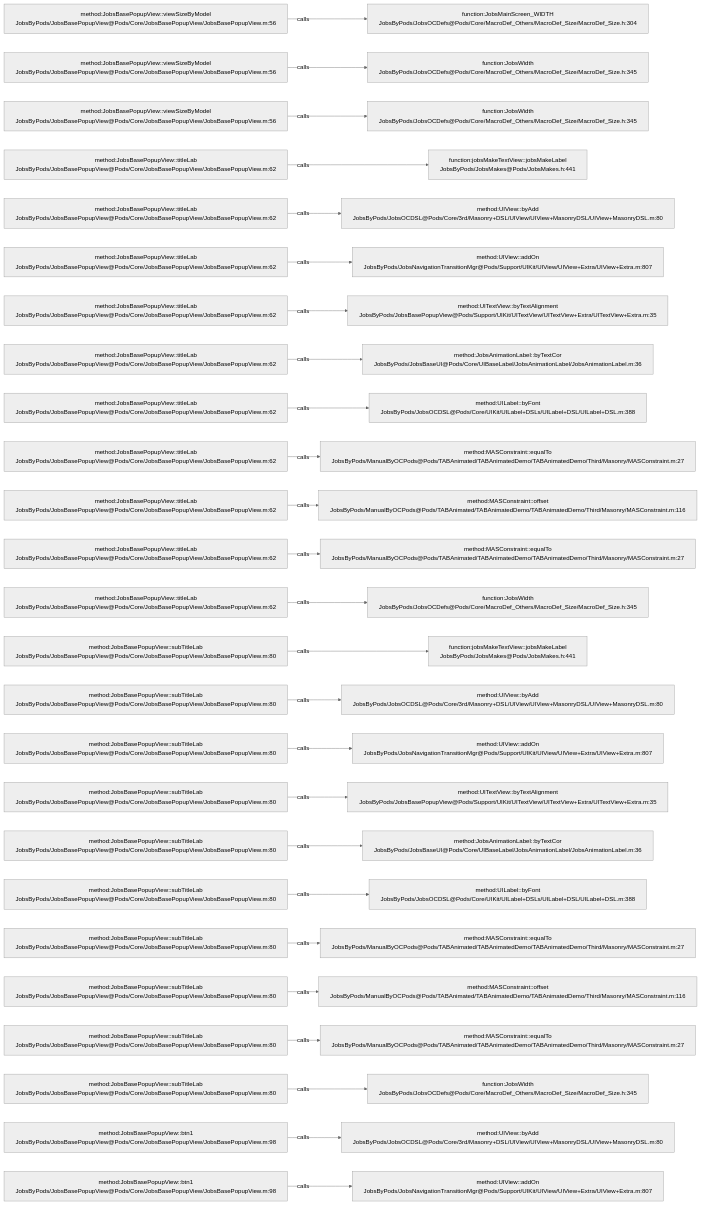
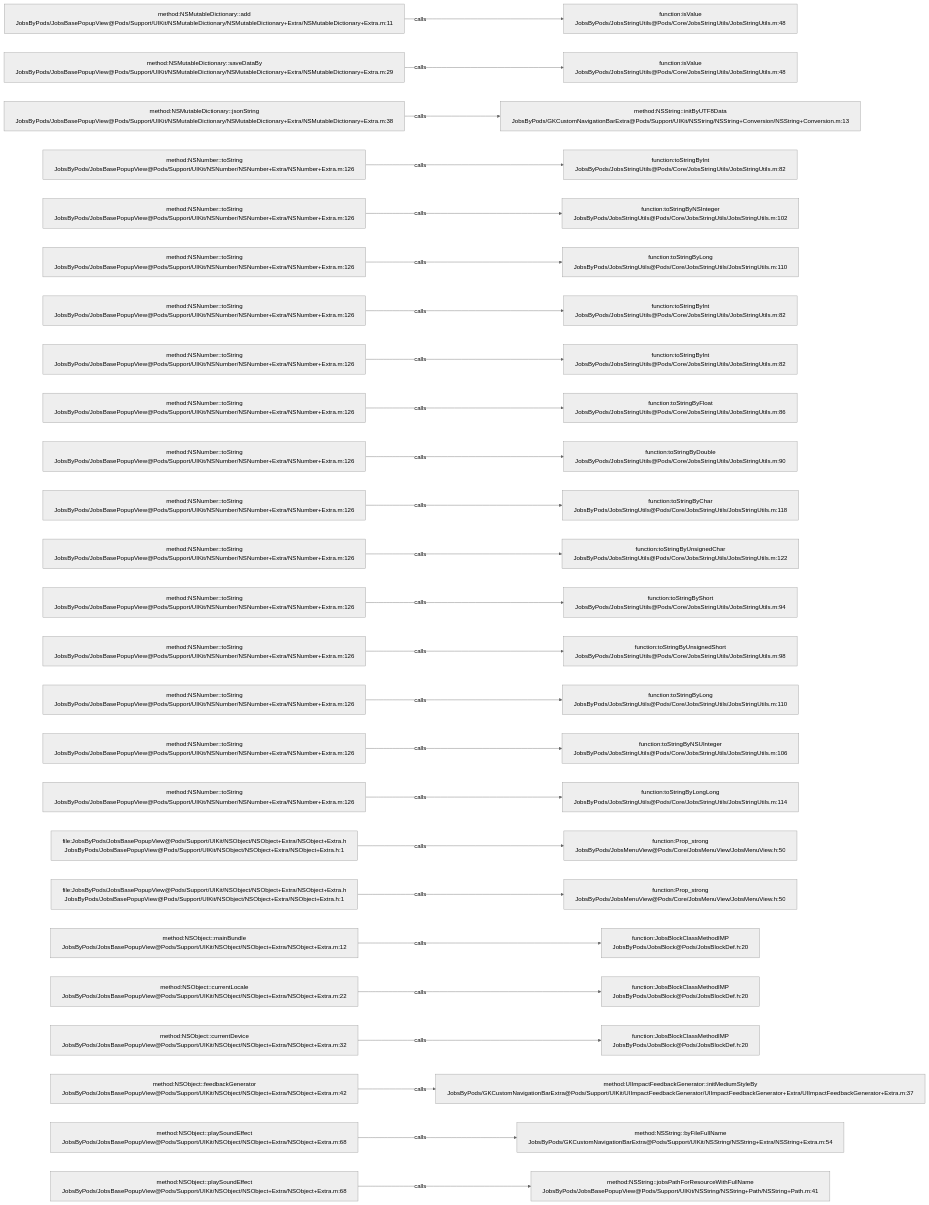
One commit to JobsKits/JobsOCBaseConfigDemo changed the diagram in .codegraph/codegraph.md/graphs/calls-200.md. Above: the diagram before and after it, drawn with Mermaid (neutral theme). The commit also changed 223 other files, not shown here.

````diff
--- a/.codegraph/codegraph.md/graphs/calls-200.md
+++ b/.codegraph/codegraph.md/graphs/calls-200.md
@@ -13,78 +13,78 @@
 ```mermaid
 flowchart LR
-  S1["method:JobsBasePopupView::viewSizeByModel<br/>JobsByPods/JobsBasePopupView@Pods/Core/JobsBasePopupView/JobsBasePopupView.m:56"]
-  T1["function:JobsMainScreen_WIDTH<br/>JobsByPods/JobsOCDefs@Pods/Core/MacroDef_Others/MacroDef_Size/MacroDef_Size.h:304"]
+  S1["method:NSMutableDictionary::add<br/>JobsByPods/JobsBasePopupView@Pods/Support/UIKit/NSMutableDictionary/NSMutableDictionary+Extra/NSMutableDictionary+Extra.m:11"]
+  T1["function:isValue<br/>JobsByPods/JobsStringUtils@Pods/Core/JobsStringUtils/JobsStringUtils.m:48"]
   S1 -->|calls| T1
-  S2["method:JobsBasePopupView::viewSizeByModel<br/>JobsByPods/JobsBasePopupView@Pods/Core/JobsBasePopupView/JobsBasePopupView.m:56"]
-  T2["function:JobsWidth<br/>JobsByPods/JobsOCDefs@Pods/Core/MacroDef_Others/MacroDef_Size/MacroDef_Size.h:345"]
+  S2["method:NSMutableDictionary::saveDataBy<br/>JobsByPods/JobsBasePopupView@Pods/Support/UIKit/NSMutableDictionary/NSMutableDictionary+Extra/NSMutableDictionary+Extra.m:29"]
+  T2["function:isValue<br/>JobsByPods/JobsStringUtils@Pods/Core/JobsStringUtils/JobsStringUtils.m:48"]
   S2 -->|calls| T2
-  S3["method:JobsBasePopupView::viewSizeByModel<br/>JobsByPods/JobsBasePopupView@Pods/Core/JobsBasePopupView/JobsBasePopupView.m:56"]
-  T3["function:JobsWidth<br/>JobsByPods/JobsOCDefs@Pods/Core/MacroDef_Others/MacroDef_Size/MacroDef_Size.h:345"]
+  S3["method:NSMutableDictionary::jsonString<br/>JobsByPods/JobsBasePopupView@Pods/Support/UIKit/NSMutableDictionary/NSMutableDictionary+Extra/NSMutableDictionary+Extra.m:38"]
+  T3["method:NSString::initByUTF8Data<br/>JobsByPods/GKCustomNavigationBarExtra@Pods/Support/UIKit/NSString/NSString+Conversion/NSString+Conversion.m:13"]
   S3 -->|calls| T3
-  S4["method:JobsBasePopupView::titleLab<br/>JobsByPods/JobsBasePopupView@Pods/Core/JobsBasePopupView/JobsBasePopupView.m:62"]
-  T4["function:jobsMakeTextView::jobsMakeLabel<br/>JobsByPods/JobsMakes@Pods/JobsMakes.h:441"]
+  S4["method:NSNumber::toString<br/>JobsByPods/JobsBasePopupView@Pods/Support/UIKit/NSNumber/NSNumber+Extra/NSNumber+Extra.m:126"]
+  T4["function:toStringByInt<br/>JobsByPods/JobsStringUtils@Pods/Core/JobsStringUtils/JobsStringUtils.m:82"]
   S4 -->|calls| T4
-  S5["method:JobsBasePopupView::titleLab<br/>JobsByPods/JobsBasePopupView@Pods/Core/JobsBasePopupView/JobsBasePopupView.m:62"]
-  T5["method:UIView::byAdd<br/>JobsByPods/JobsOCDSL@Pods/Core/3rd/Masonry+DSL/UIView/UIView+MasonryDSL/UIView+MasonryDSL.m:80"]
+  S5["method:NSNumber::toString<br/>JobsByPods/JobsBasePopupView@Pods/Support/UIKit/NSNumber/NSNumber+Extra/NSNumber+Extra.m:126"]
+  T5["function:toStringByNSInteger<br/>JobsByPods/JobsStringUtils@Pods/Core/JobsStringUtils/JobsStringUtils.m:102"]
   S5 -->|calls| T5
-  S6["method:JobsBasePopupView::titleLab<br/>JobsByPods/JobsBasePopupView@Pods/Core/JobsBasePopupView/JobsBasePopupView.m:62"]
-  T6["method:UIView::addOn<br/>JobsByPods/JobsNavigationTransitionMgr@Pods/Support/UIKit/UIView/UIView+Extra/UIView+Extra.m:807"]
+  S6["method:NSNumber::toString<br/>JobsByPods/JobsBasePopupView@Pods/Support/UIKit/NSNumber/NSNumber+Extra/NSNumber+Extra.m:126"]
+  T6["function:toStringByLong<br/>JobsByPods/JobsStringUtils@Pods/Core/JobsStringUtils/JobsStringUtils.m:110"]
   S6 -->|calls| T6
-  S7["method:JobsBasePopupView::titleLab<br/>JobsByPods/JobsBasePopupView@Pods/Core/JobsBasePopupView/JobsBasePopupView.m:62"]
-  T7["method:UITextView::byTextAlignment<br/>JobsByPods/JobsBasePopupView@Pods/Support/UIKit/UITextView/UITextView+Extra/UITextView+Extra.m:35"]
+  S7["method:NSNumber::toString<br/>JobsByPods/JobsBasePopupView@Pods/Support/UIKit/NSNumber/NSNumber+Extra/NSNumber+Extra.m:126"]
+  T7["function:toStringByInt<br/>JobsByPods/JobsStringUtils@Pods/Core/JobsStringUtils/JobsStringUtils.m:82"]
   S7 -->|calls| T7
-  S8["method:JobsBasePopupView::titleLab<br/>JobsByPods/JobsBasePopupView@Pods/Core/JobsBasePopupView/JobsBasePopupView.m:62"]
-  T8["method:JobsAnimationLabel::byTextCor<br/>JobsByPods/JobsBaseUI@Pods/Core/UIBaseLabel/JobsAnimationLabel/JobsAnimationLabel.m:36"]
+  S8["method:NSNumber::toString<br/>JobsByPods/JobsBasePopupView@Pods/Support/UIKit/NSNumber/NSNumber+Extra/NSNumber+Extra.m:126"]
+  T8["function:toStringByInt<br/>JobsByPods/JobsStringUtils@Pods/Core/JobsStringUtils/JobsStringUtils.m:82"]
   S8 -->|calls| T8
-  S9["method:JobsBasePopupView::titleLab<br/>JobsByPods/JobsBasePopupView@Pods/Core/JobsBasePopupView/JobsBasePopupView.m:62"]
-  T9["method:UILabel::byFont<br/>JobsByPods/JobsOCDSL@Pods/Core/UIKit/UILabel+DSLs/UILabel+DSL/UILabel+DSL.m:388"]
+  S9["method:NSNumber::toString<br/>JobsByPods/JobsBasePopupView@Pods/Support/UIKit/NSNumber/NSNumber+Extra/NSNumber+Extra.m:126"]
+  T9["function:toStringByFloat<br/>JobsByPods/JobsStringUtils@Pods/Core/JobsStringUtils/JobsStringUtils.m:86"]
   S9 -->|calls| T9
-  S10["method:JobsBasePopupView::titleLab<br/>JobsByPods/JobsBasePopupView@Pods/Core/JobsBasePopupView/JobsBasePopupView.m:62"]
-  T10["method:MASConstraint::equalTo<br/>JobsByPods/ManualByOCPods@Pods/TABAnimated/TABAnimatedDemo/TABAnimatedDemo/Third/Masonry/MASConstraint.m:27"]
+  S10["method:NSNumber::toString<br/>JobsByPods/JobsBasePopupView@Pods/Support/UIKit/NSNumber/NSNumber+Extra/NSNumber+Extra.m:126"]
+  T10["function:toStringByDouble<br/>JobsByPods/JobsStringUtils@Pods/Core/JobsStringUtils/JobsStringUtils.m:90"]
   S10 -->|calls| T10
-  S11["method:JobsBasePopupView::titleLab<br/>JobsByPods/JobsBasePopupView@Pods/Core/JobsBasePopupView/JobsBasePopupView.m:62"]
-  T11["method:MASConstraint::offset<br/>JobsByPods/ManualByOCPods@Pods/TABAnimated/TABAnimatedDemo/TABAnimatedDemo/Third/Masonry/MASConstraint.m:116"]
+  S11["method:NSNumber::toString<br/>JobsByPods/JobsBasePopupView@Pods/Support/UIKit/NSNumber/NSNumber+Extra/NSNumber+Extra.m:126"]
+  T11["function:toStringByChar<br/>JobsByPods/JobsStringUtils@Pods/Core/JobsStringUtils/JobsStringUtils.m:118"]
   S11 -->|calls| T11
-  S12["method:JobsBasePopupView::titleLab<br/>JobsByPods/JobsBasePopupView@Pods/Core/JobsBasePopupView/JobsBasePopupView.m:62"]
-  T12["method:MASConstraint::equalTo<br/>JobsByPods/ManualByOCPods@Pods/TABAnimated/TABAnimatedDemo/TABAnimatedDemo/Third/Masonry/MASConstraint.m:27"]
+  S12["method:NSNumber::toString<br/>JobsByPods/JobsBasePopupView@Pods/Support/UIKit/NSNumber/NSNumber+Extra/NSNumber+Extra.m:126"]
+  T12["function:toStringByUnsignedChar<br/>JobsByPods/JobsStringUtils@Pods/Core/JobsStringUtils/JobsStringUtils.m:122"]
   S12 -->|calls| T12
-  S13["method:JobsBasePopupView::titleLab<br/>JobsByPods/JobsBasePopupView@Pods/Core/JobsBasePopupView/JobsBasePopupView.m:62"]
-  T13["function:JobsWidth<br/>JobsByPods/JobsOCDefs@Pods/Core/MacroDef_Others/MacroDef_Size/MacroDef_Size.h:345"]
+  S13["method:NSNumber::toString<br/>JobsByPods/JobsBasePopupView@Pods/Support/UIKit/NSNumber/NSNumber+Extra/NSNumber+Extra.m:126"]
+  T13["function:toStringByShort<br/>JobsByPods/JobsStringUtils@Pods/Core/JobsStringUtils/JobsStringUtils.m:94"]
   S13 -->|calls| T13
-  S14["method:JobsBasePopupView::subTitleLab<br/>JobsByPods/JobsBasePopupView@Pods/Core/JobsBasePopupView/JobsBasePopupView.m:80"]
-  T14["function:jobsMakeTextView::jobsMakeLabel<br/>JobsByPods/JobsMakes@Pods/JobsMakes.h:441"]
+  S14["method:NSNumber::toString<br/>JobsByPods/JobsBasePopupView@Pods/Support/UIKit/NSNumber/NSNumber+Extra/NSNumber+Extra.m:126"]
+  T14["function:toStringByUnsignedShort<br/>JobsByPods/JobsStringUtils@Pods/Core/JobsStringUtils/JobsStringUtils.m:98"]
   S14 -->|calls| T14
-  S15["method:JobsBasePopupView::subTitleLab<br/>JobsByPods/JobsBasePopupView@Pods/Core/JobsBasePopupView/JobsBasePopupView.m:80"]
-  T15["method:UIView::byAdd<br/>JobsByPods/JobsOCDSL@Pods/Core/3rd/Masonry+DSL/UIView/UIView+MasonryDSL/UIView+MasonryDSL.m:80"]
+  S15["method:NSNumber::toString<br/>JobsByPods/JobsBasePopupView@Pods/Support/UIKit/NSNumber/NSNumber+Extra/NSNumber+Extra.m:126"]
+  T15["function:toStringByLong<br/>JobsByPods/JobsStringUtils@Pods/Core/JobsStringUtils/JobsStringUtils.m:110"]
   S15 -->|calls| T15
-  S16["method:JobsBasePopupView::subTitleLab<br/>JobsByPods/JobsBasePopupView@Pods/Core/JobsBasePopupView/JobsBasePopupView.m:80"]
-  T16["method:UIView::addOn<br/>JobsByPods/JobsNavigationTransitionMgr@Pods/Support/UIKit/UIView/UIView+Extra/UIView+Extra.m:807"]
+  S16["method:NSNumber::toString<br/>JobsByPods/JobsBasePopupView@Pods/Support/UIKit/NSNumber/NSNumber+Extra/NSNumber+Extra.m:126"]
+  T16["function:toStringByNSUInteger<br/>JobsByPods/JobsStringUtils@Pods/Core/JobsStringUtils/JobsStringUtils.m:106"]
   S16 -->|calls| T16
-  S17["method:JobsBasePopupView::subTitleLab<br/>JobsByPods/JobsBasePopupView@Pods/Core/JobsBasePopupView/JobsBasePopupView.m:80"]
-  T17["method:UITextView::byTextAlignment<br/>JobsByPods/JobsBasePopupView@Pods/Support/UIKit/UITextView/UITextView+Extra/UITextView+Extra.m:35"]
+  S17["method:NSNumber::toString<br/>JobsByPods/JobsBasePopupView@Pods/Support/UIKit/NSNumber/NSNumber+Extra/NSNumber+Extra.m:126"]
+  T17["function:toStringByLongLong<br/>JobsByPods/JobsStringUtils@Pods/Core/JobsStringUtils/JobsStringUtils.m:114"]
   S17 -->|calls| T17
-  S18["method:JobsBasePopupView::subTitleLab<br/>JobsByPods/JobsBasePopupView@Pods/Core/JobsBasePopupView/JobsBasePopupView.m:80"]
-  T18["method:JobsAnimationLabel::byTextCor<br/>JobsByPods/JobsBaseUI@Pods/Core/UIBaseLabel/JobsAnimationLabel/JobsAnimationLabel.m:36"]
+  S18["file:JobsByPods/JobsBasePopupView@Pods/Support/UIKit/NSObject/NSObject+Extra/NSObject+Extra.h<br/>JobsByPods/JobsBasePopupView@Pods/Support/UIKit/NSObject/NSObject+Extra/NSObject+Extra.h:1"]
+  T18["function:Prop_strong<br/>JobsByPods/JobsMenuView@Pods/Core/JobsMenuView/JobsMenuView.h:50"]
   S18 -->|calls| T18
-  S19["method:JobsBasePopupView::subTitleLab<br/>JobsByPods/JobsBasePopupView@Pods/Core/JobsBasePopupView/JobsBasePopupView.m:80"]
-  T19["method:UILabel::byFont<br/>JobsByPods/JobsOCDSL@Pods/Core/UIKit/UILabel+DSLs/UILabel+DSL/UILabel+DSL.m:388"]
+  S19["file:JobsByPods/JobsBasePopupView@Pods/Support/UIKit/NSObject/NSObject+Extra/NSObject+Extra.h<br/>JobsByPods/JobsBasePopupView@Pods/Support/UIKit/NSObject/NSObject+Extra/NSObject+Extra.h:1"]
+  T19["function:Prop_strong<br/>JobsByPods/JobsMenuView@Pods/Core/JobsMenuView/JobsMenuView.h:50"]
   S19 -->|calls| T19
-  S20["method:JobsBasePopupView::subTitleLab<br/>JobsByPods/JobsBasePopupView@Pods/Core/JobsBasePopupView/JobsBasePopupView.m:80"]
-  T20["method:MASConstraint::equalTo<br/>JobsByPods/ManualByOCPods@Pods/TABAnimated/TABAnimatedDemo/TABAnimatedDemo/Third/Masonry/MASConstraint.m:27"]
+  S20["method:NSObject::mainBundle<br/>JobsByPods/JobsBasePopupView@Pods/Support/UIKit/NSObject/NSObject+Extra/NSObject+Extra.m:12"]
+  T20["function:JobsBlockClassMethodIMP<br/>JobsByPods/JobsBlock@Pods/JobsBlockDef.h:20"]
   S20 -->|calls| T20
-  S21["method:JobsBasePopupView::subTitleLab<br/>JobsByPods/JobsBasePopupView@Pods/Core/JobsBasePopupView/JobsBasePopupView.m:80"]
-  T21["method:MASConstraint::offset<br/>JobsByPods/ManualByOCPods@Pods/TABAnimated/TABAnimatedDemo/TABAnimatedDemo/Third/Masonry/MASConstraint.m:116"]
+  S21["method:NSObject::currentLocale<br/>JobsByPods/JobsBasePopupView@Pods/Support/UIKit/NSObject/NSObject+Extra/NSObject+Extra.m:22"]
+  T21["function:JobsBlockClassMethodIMP<br/>JobsByPods/JobsBlock@Pods/JobsBlockDef.h:20"]
   S21 -->|calls| T21
-  S22["method:JobsBasePopupView::subTitleLab<br/>JobsByPods/JobsBasePopupView@Pods/Core/JobsBasePopupView/JobsBasePopupView.m:80"]
-  T22["method:MASConstraint::equalTo<br/>JobsByPods/ManualByOCPods@Pods/TABAnimated/TABAnimatedDemo/TABAnimatedDemo/Third/Masonry/MASConstraint.m:27"]
+  S22["method:NSObject::currentDevice<br/>JobsByPods/JobsBasePopupView@Pods/Support/UIKit/NSObject/NSObject+Extra/NSObject+Extra.m:32"]
+  T22["function:JobsBlockClassMethodIMP<br/>JobsByPods/JobsBlock@Pods/JobsBlockDef.h:20"]
   S22 -->|calls| T22
-  S23["method:JobsBasePopupView::subTitleLab<br/>JobsByPods/JobsBasePopupView@Pods/Core/JobsBasePopupView/JobsBasePopupView.m:80"]
-  T23["function:JobsWidth<br/>JobsByPods/JobsOCDefs@Pods/Core/MacroDef_Others/MacroDef_Size/MacroDef_Size.h:345"]
+  S23["method:NSObject::feedbackGenerator<br/>JobsByPods/JobsBasePopupView@Pods/Support/UIKit/NSObject/NSObject+Extra/NSObject+Extra.m:42"]
+  T23["method:UIImpactFeedbackGenerator::initMediumStyleBy<br/>JobsByPods/GKCustomNavigationBarExtra@Pods/Support/UIKit/UIImpactFeedbackGenerator/UIImpactFeedbackGenerator+Extra/UIImpactFeedbackGenerator+Extra.m:37"]
   S23 -->|calls| T23
-  S24["method:JobsBasePopupView::btn1<br/>JobsByPods/JobsBasePopupView@Pods/Core/JobsBasePopupView/JobsBasePopupView.m:98"]
-  T24["method:UIView::byAdd<br/>JobsByPods/JobsOCDSL@Pods/Core/3rd/Masonry+DSL/UIView/UIView+MasonryDSL/UIView+MasonryDSL.m:80"]
+  S24["method:NSObject::playSoundEffect<br/>JobsByPods/JobsBasePopupView@Pods/Support/UIKit/NSObject/NSObject+Extra/NSObject+Extra.m:68"]
+  T24["method:NSString::byFileFullName<br/>JobsByPods/GKCustomNavigationBarExtra@Pods/Support/UIKit/NSString/NSString+Extra/NSString+Extra.m:54"]
   S24 -->|calls| T24
-  S25["method:JobsBasePopupView::btn1<br/>JobsByPods/JobsBasePopupView@Pods/Core/JobsBasePopupView/JobsBasePopupView.m:98"]
-  T25["method:UIView::addOn<br/>JobsByPods/JobsNavigationTransitionMgr@Pods/Support/UIKit/UIView/UIView+Extra/UIView+Extra.m:807"]
+  S25["method:NSObject::playSoundEffect<br/>JobsByPods/JobsBasePopupView@Pods/Support/UIKit/NSObject/NSObject+Extra/NSObject+Extra.m:68"]
+  T25["method:NSString::jobsPathForResourceWithFullName<br/>JobsByPods/JobsBasePopupView@Pods/Support/UIKit/NSString/NSString+Path/NSString+Path.m:41"]
   S25 -->|calls| T25
 ```
````
